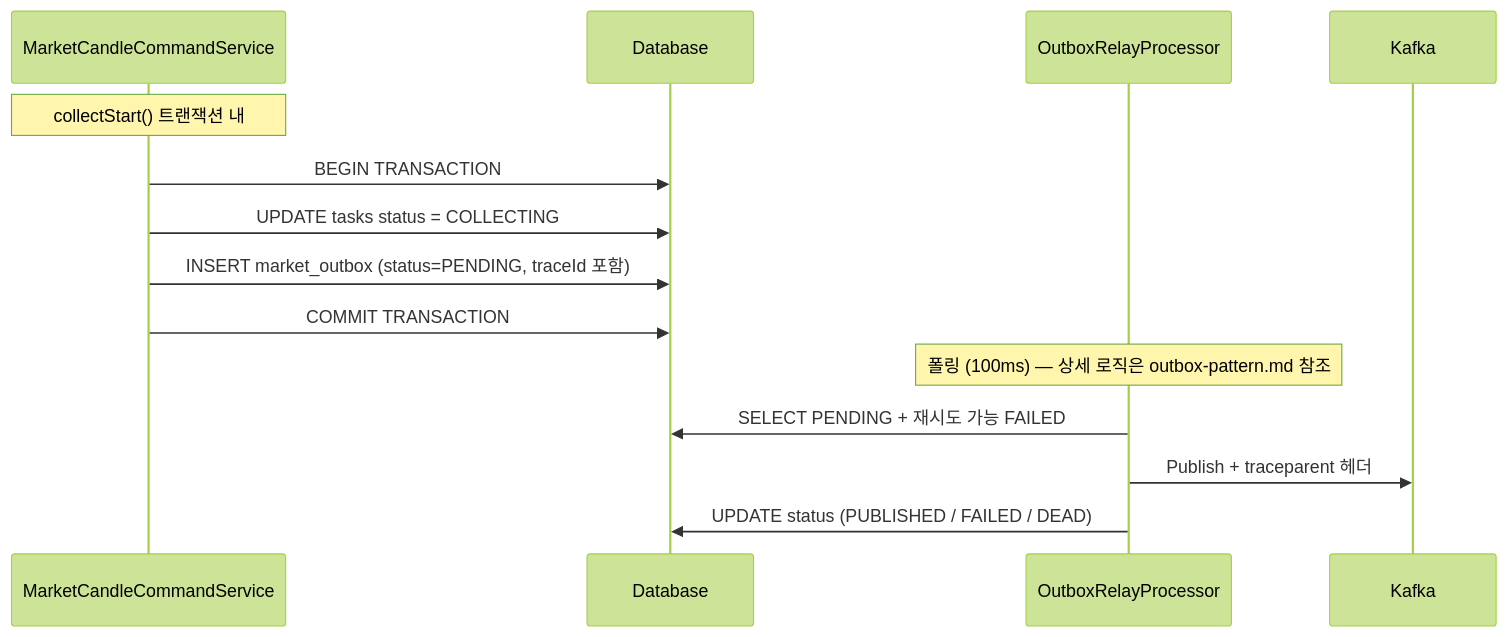
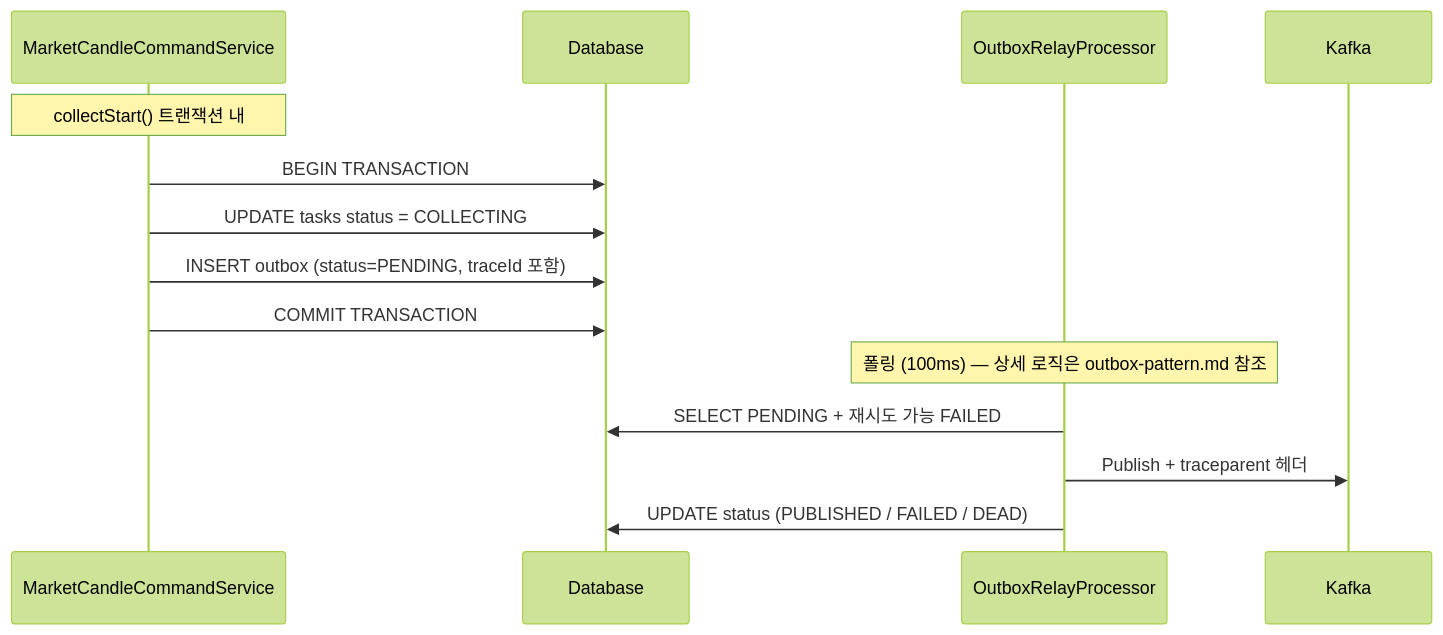
Before and after one commit to Trade-Pilot/.github: diagram 17 of 17 in backend/market/sequence-diagram.md, drawn with Mermaid (forest theme). The commit also changed other lines of this file and 17 other files, not shown here.

````diff
--- a/backend/market/sequence-diagram.md
+++ b/backend/market/sequence-diagram.md
@@ -752,18 +752,18 @@
 ```mermaid
 sequenceDiagram
     participant Service as MarketCandleCommandService
     participant DB as Database
     participant Relay as OutboxRelayProcessor
     participant Kafka as Kafka
 
     Note over Service: collectStart() 트랜잭션 내
     Service->>DB: BEGIN TRANSACTION
     Service->>DB: UPDATE tasks status = COLLECTING
-    Service->>DB: INSERT market_outbox (status=PENDING, traceId 포함)
+    Service->>DB: INSERT outbox (status=PENDING, traceId 포함)
     Service->>DB: COMMIT TRANSACTION
 
     Note over Relay: 폴링 (100ms) — 상세 로직은 outbox-pattern.md 참조
     Relay->>DB: SELECT PENDING + 재시도 가능 FAILED
     Relay->>Kafka: Publish + traceparent 헤더
     Relay->>DB: UPDATE status (PUBLISHED / FAILED / DEAD)
 ```
````
